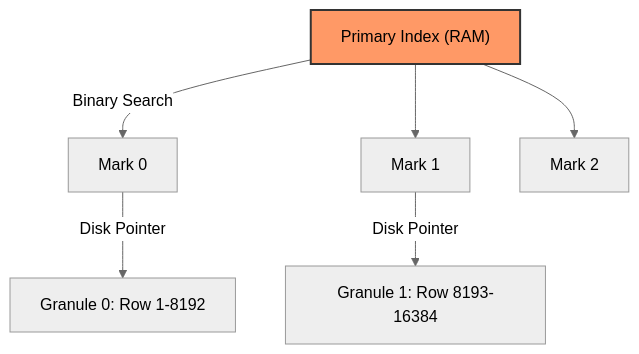
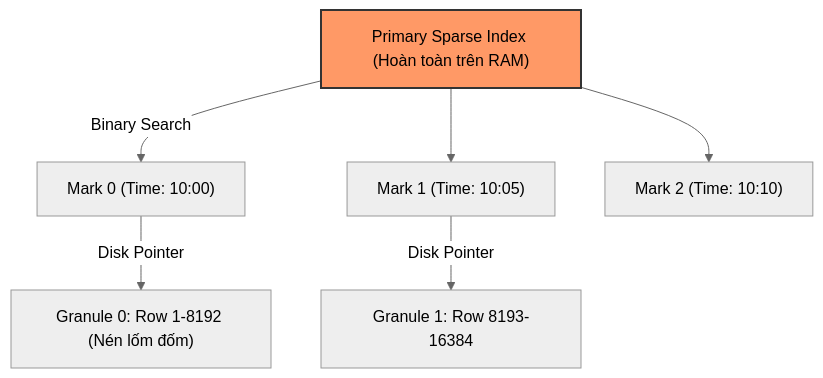
Before and after one commit to kythuatdulieu/kythuatdulieu.github.io: the second of 2 diagrams in src/content/docs/concepts/3-storage-engines-formats/time-series-databases.md, drawn with Mermaid (neutral theme). The commit also changed other lines of this file and 228 other files, not shown here.

Commit message:
Fix syntax and rewrite 200+ concepts docs to deep-dive system architecture and add GA4 tracking to quiz app

````diff
--- a/src/content/docs/concepts/3-storage-engines-formats/time-series-databases.md
+++ b/src/content/docs/concepts/3-storage-engines-formats/time-series-databases.md
@@ -111,11 +97,11 @@
 ```mermaid
 flowchart TD
-    A["Primary Index (RAM)"] -->|Binary Search| B["Mark 0"]
-    A --> C["Mark 1"]
-    A --> D["Mark 2"]
+    A["Primary Sparse Index (Hoàn toàn trên RAM)"] -->|Binary Search| B["Mark 0 (Time: 10:00)"]
+    A --> C["Mark 1 (Time: 10:05)"]
+    A --> D["Mark 2 (Time: 10:10)"]
     
-    B -->|Disk Pointer| E["Granule 0: Row 1-8192"]
+    B -->|Disk Pointer| E["Granule 0: Row 1-8192 (Nén lốm đốm)"]
     C -->|Disk Pointer| F["Granule 1: Row 8193-16384"]
     
     style A fill:#f96,stroke:#333,stroke-width:2px
 ```
````
